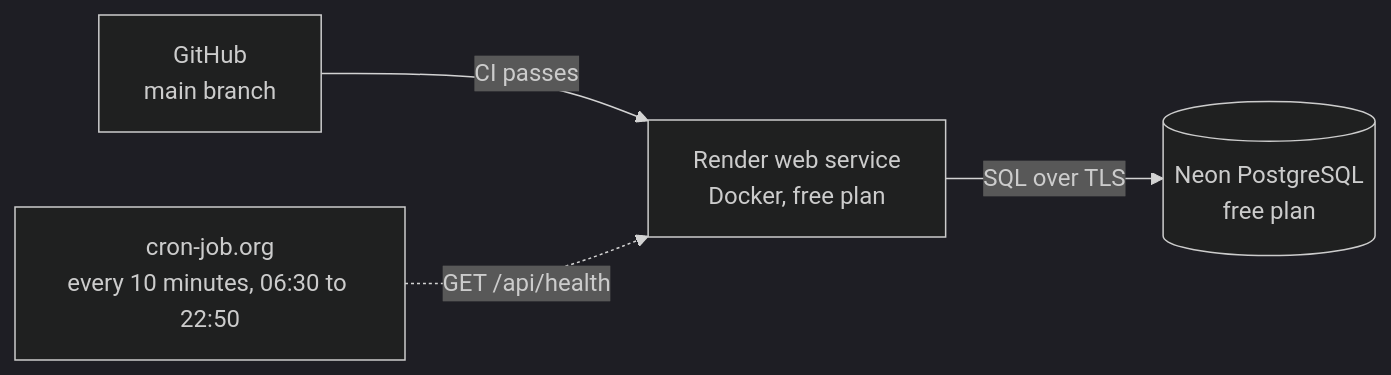
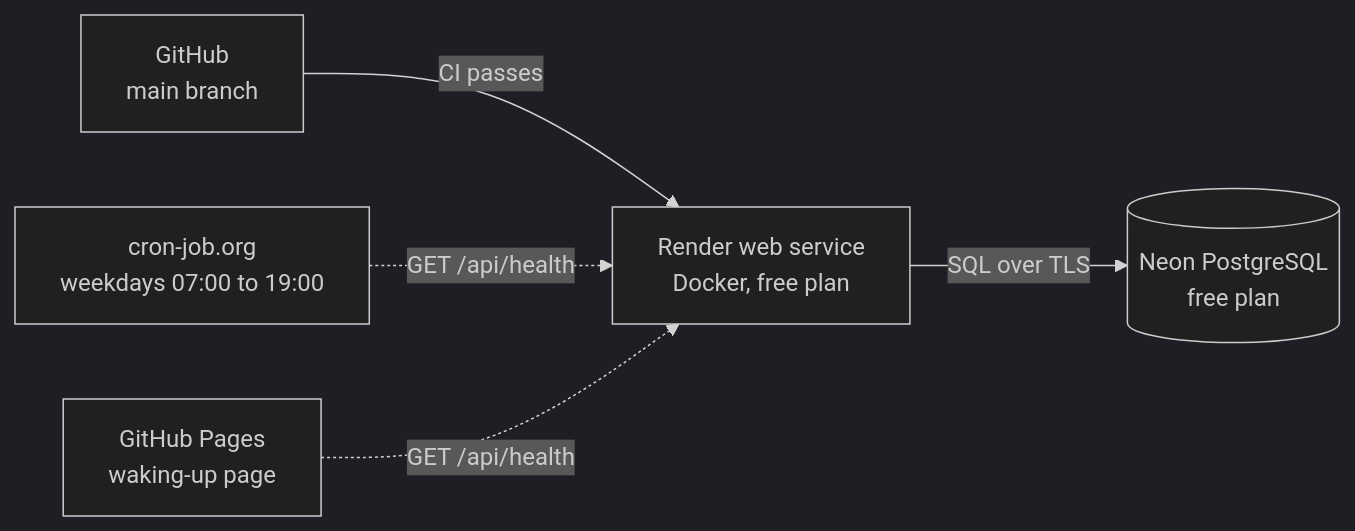
Before and after one commit to vladimirmilivojevic-creator/valitrack: the diagram in docs/deployment.md, drawn with Mermaid (dark theme). The commit also changed other lines of this file and 4 other files, not shown here.

Commit message:
Add a waking-up page on GitHub Pages and keep the server awake only on weekdays

````diff
--- a/docs/deployment.md
+++ b/docs/deployment.md
@@ -6,6 +6,7 @@
 ```mermaid
 flowchart LR
     G[GitHub<br/>main branch] -->|CI passes| R[Render web service<br/>Docker, free plan]
     R -->|SQL over TLS| N[(Neon PostgreSQL<br/>free plan)]
-    M[cron-job.org<br/>every 10 minutes, 06:30 to 22:50] -.->|GET /api/health| R
+    M[cron-job.org<br/>weekdays 07:00 to 19:00] -.->|GET /api/health| R
+    W[GitHub Pages<br/>waking-up page] -.->|GET /api/health| R
 ```
````
